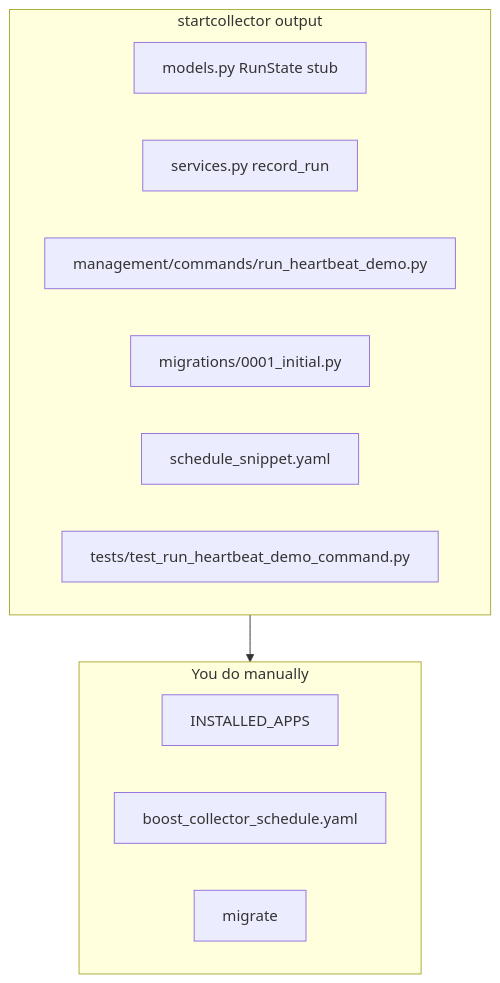
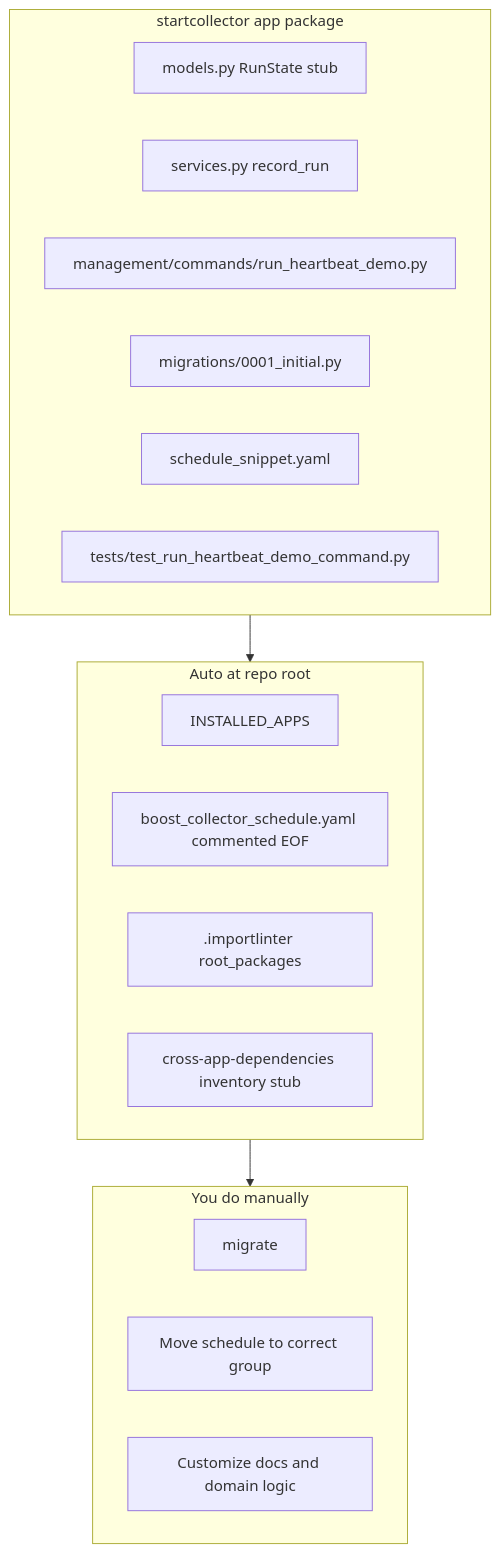
One commit to snowfox1003/boost-data-collector-django changed the first of 3 diagrams in docs/Tutorial_building_a_collector.md. Above: the diagram before and after it, drawn with Mermaid. The commit also changed other lines of this file and 5 other files, not shown here.

First line of the commit message:
feat(core): auto-register new collectors in startcollector (#309)

````diff
--- a/docs/Tutorial_building_a_collector.md
+++ b/docs/Tutorial_building_a_collector.md
@@ -68,17 +70,23 @@
 ```mermaid
 flowchart TB
-  subgraph scaffold [startcollector output]
+  subgraph scaffold [startcollector app package]
     models[models.py RunState stub]
     services[services.py record_run]
     runCmd["management/commands/run_heartbeat_demo.py"]
     mig[migrations/0001_initial.py]
     snippet[schedule_snippet.yaml]
     test[tests/test_run_heartbeat_demo_command.py]
   end
+  subgraph register [Auto at repo root]
+    installed[INSTALLED_APPS]
+    yaml[boost_collector_schedule.yaml commented EOF]
+    importlinter[.importlinter root_packages]
+    crossapp[cross-app-dependencies inventory stub]
+  end
   subgraph manual [You do manually]
-    installed[INSTALLED_APPS]
-    yaml[boost_collector_schedule.yaml]
     migrate[migrate]
+    scheduleMove[Move schedule to correct group]
+    customize[Customize docs and domain logic]
   end
-  scaffold --> manual
+  scaffold --> register --> manual
 ```
````
